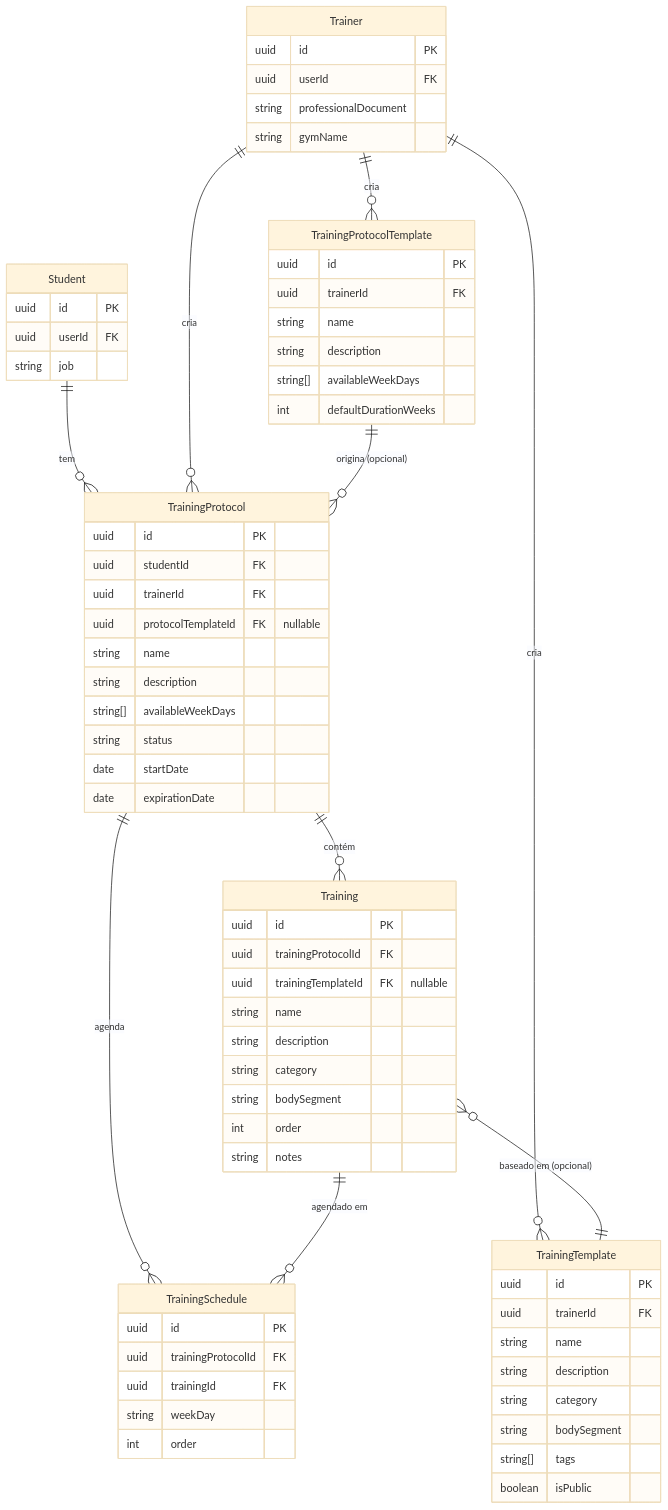
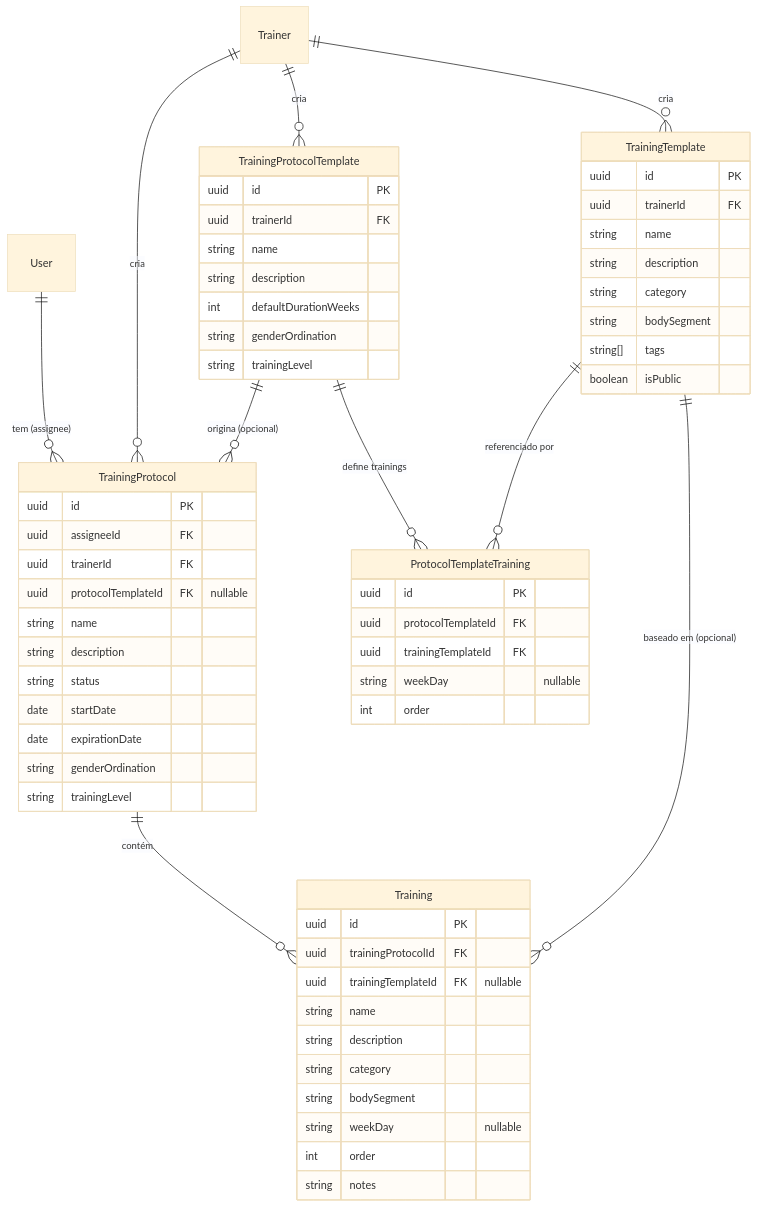
One commit to treinoway/teufit-service changed the first of 4 diagrams in docs/adr/001-training-system-architecture.md. Above: the diagram before and after it, drawn with Mermaid (base theme). The commit also changed other lines of this file and 17 other files, not shown here.

````diff
--- a/docs/adr/001-training-system-architecture.md
+++ b/docs/adr/001-training-system-architecture.md
@@ -145,81 +132,71 @@
 ```mermaid
 erDiagram
-    Student ||--o{ TrainingProtocol : "tem"
+    User ||--o{ TrainingProtocol : "tem (assignee)"
     Trainer ||--o{ TrainingProtocol : "cria"
     Trainer ||--o{ TrainingProtocolTemplate : "cria"
     Trainer ||--o{ TrainingTemplate : "cria"
 
     TrainingProtocolTemplate ||--o{ TrainingProtocol : "origina (opcional)"
+    TrainingProtocolTemplate ||--o{ ProtocolTemplateTraining : "define trainings"
+
+    TrainingTemplate ||--o{ ProtocolTemplateTraining : "referenciado por"
+    TrainingTemplate ||--o{ Training : "baseado em (opcional)"
 
     TrainingProtocol ||--o{ Training : "contém"
-    TrainingProtocol ||--o{ TrainingSchedule : "agenda"
-
-    Training ||--o{ TrainingSchedule : "agendado em"
-    Training }o--|| TrainingTemplate : "baseado em (opcional)"
-
-    Student {
-        uuid id PK
-        uuid userId FK
-        string job
-    }
-
-    Trainer {
-        uuid id PK
-        uuid userId FK
-        string professionalDocument
-        string gymName
-    }
 
     TrainingProtocolTemplate {
         uuid id PK
         uuid trainerId FK
         string name
         string description
-        string[] availableWeekDays
         int defaultDurationWeeks
+        string genderOrdination
+        string trainingLevel
+    }
+
+    ProtocolTemplateTraining {
+        uuid id PK
+        uuid protocolTemplateId FK
+        uuid trainingTemplateId FK
+        string weekDay "nullable"
+        int order
     }
 
     TrainingProtocol {
         uuid id PK
-        uuid studentId FK
+        uuid assigneeId FK
         uuid trainerId FK
         uuid protocolTemplateId FK "nullable"
         string name
         string description
-        string[] availableWeekDays
         string status
         date startDate
         date expirationDate
+        string genderOrdination
+        string trainingLevel
     }
 
     TrainingTemplate {
         uuid id PK
         uuid trainerId FK
         string name
         string description
         string category
         string bodySegment
         string[] tags
         boolean isPublic
     }
 
     Training {
         uuid id PK
         uuid trainingProtocolId FK
         uuid trainingTemplateId FK "nullable"
         string name
         string description
         string category
         string bodySegment
+        string weekDay "nullable"
         int order
         string notes
     }
-
-    TrainingSchedule {
-        uuid id PK
-        uuid trainingProtocolId FK
-        uuid trainingId FK
-        string weekDay
-        int order
-    }
 ```
````
